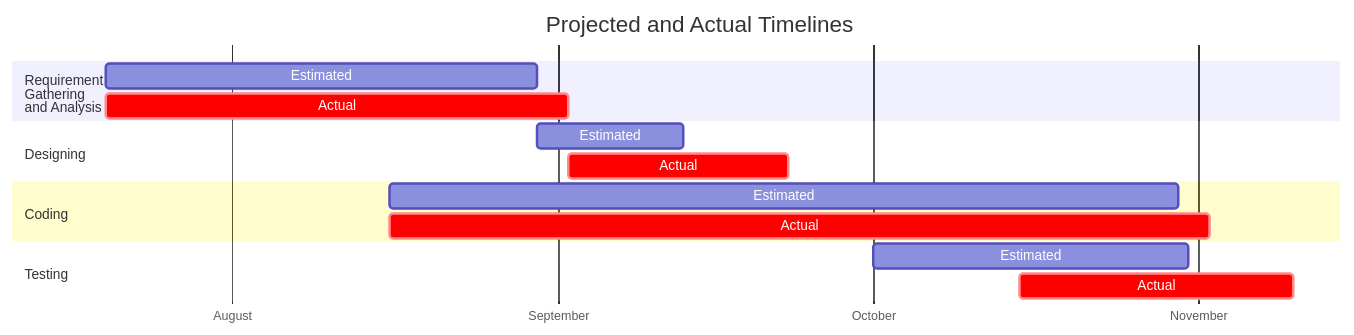
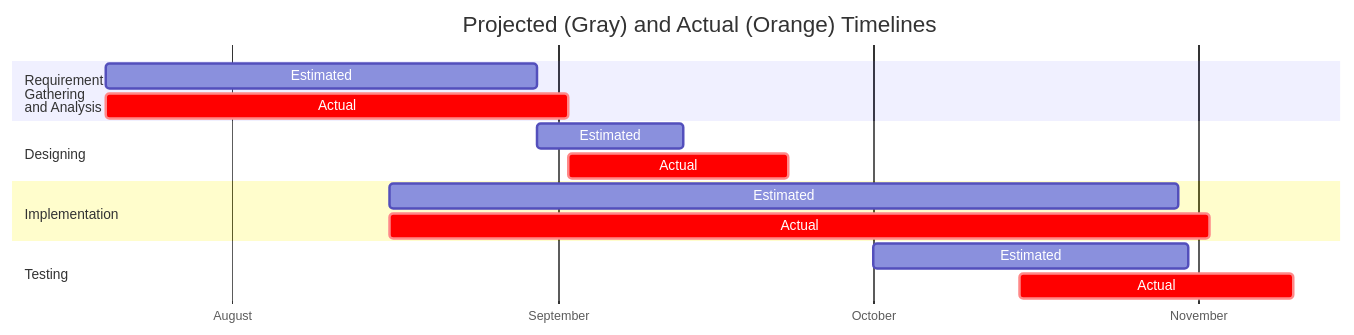
Before and after one commit to BoseVJeff/full_stack_php_web: the diagram in misc/gantt.mermaid, drawn with Mermaid. The commit also changed 3 other files, not shown here.

Commit message:
Updated srs and gantt chart

```diff
--- a/misc/gantt.mermaid
+++ b/misc/gantt.mermaid
@@ -1,18 +1,18 @@
 gantt
-    title Projected and Actual Timelines
+    title Projected (Gray) and Actual (Orange) Timelines
     dateFormat YYYY-MM-DD
     todaymarker off
     tickInterval 1month
     axisFormat %B
     section Requirement<br>Gathering<br>and Analysis
         Estimated       : rgae, 2024-07-20, 2024-08-30
         Actual    : crit, rgaa, 2024-07-20, 2024-09-02
     section Designing
         Estimated : after rgae, 14d
         Actual    : crit, after rgaa, 21d
-    section Coding
+    section Implementation
         Estimated: ce, 2024-08-16, 2024-10-30
         Actual: crit, ca,2024-08-16, 2024-11-02
     section Testing
         Estimated: te, 2024-10-01, 30d
         Actual: crit, ta, 2024-10-15, 2024-11-10
```
